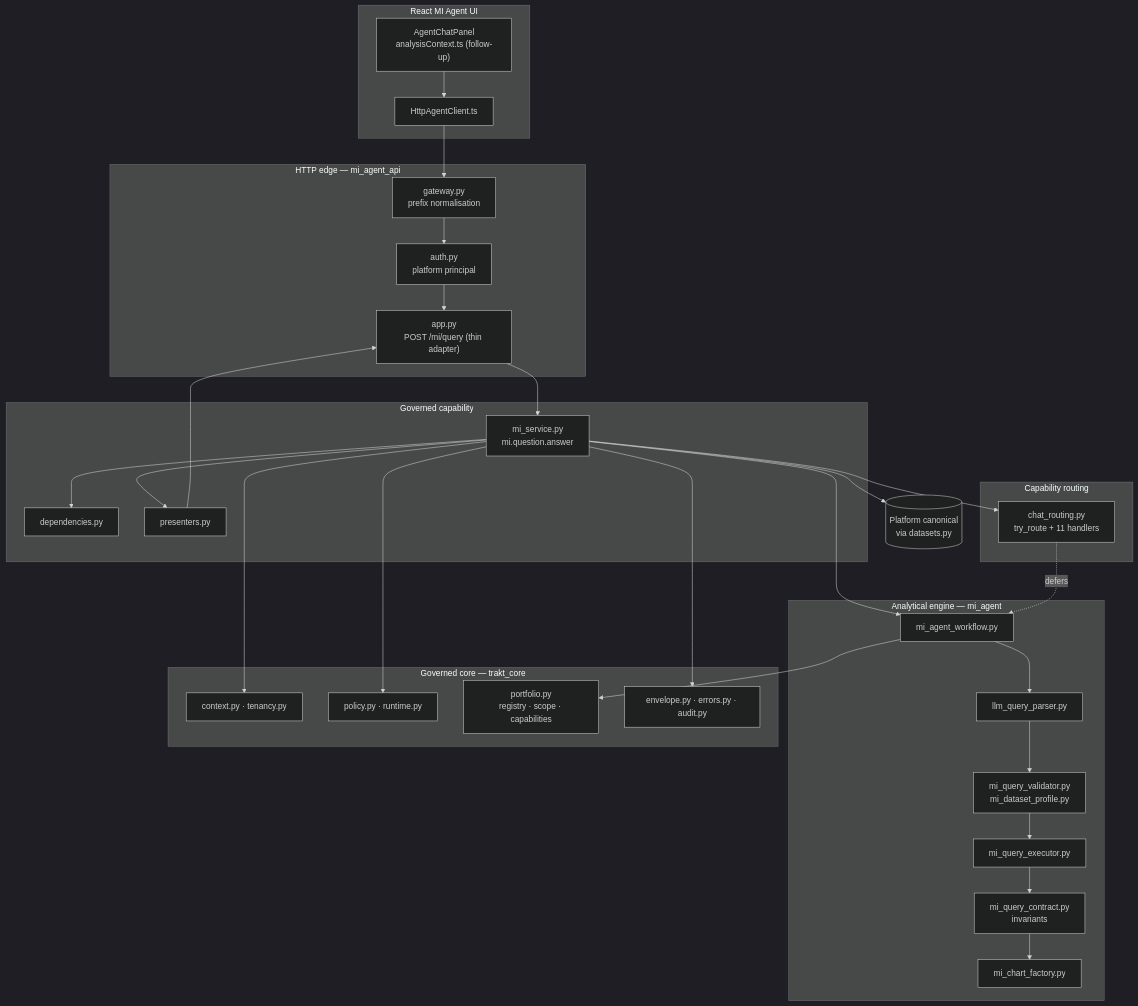
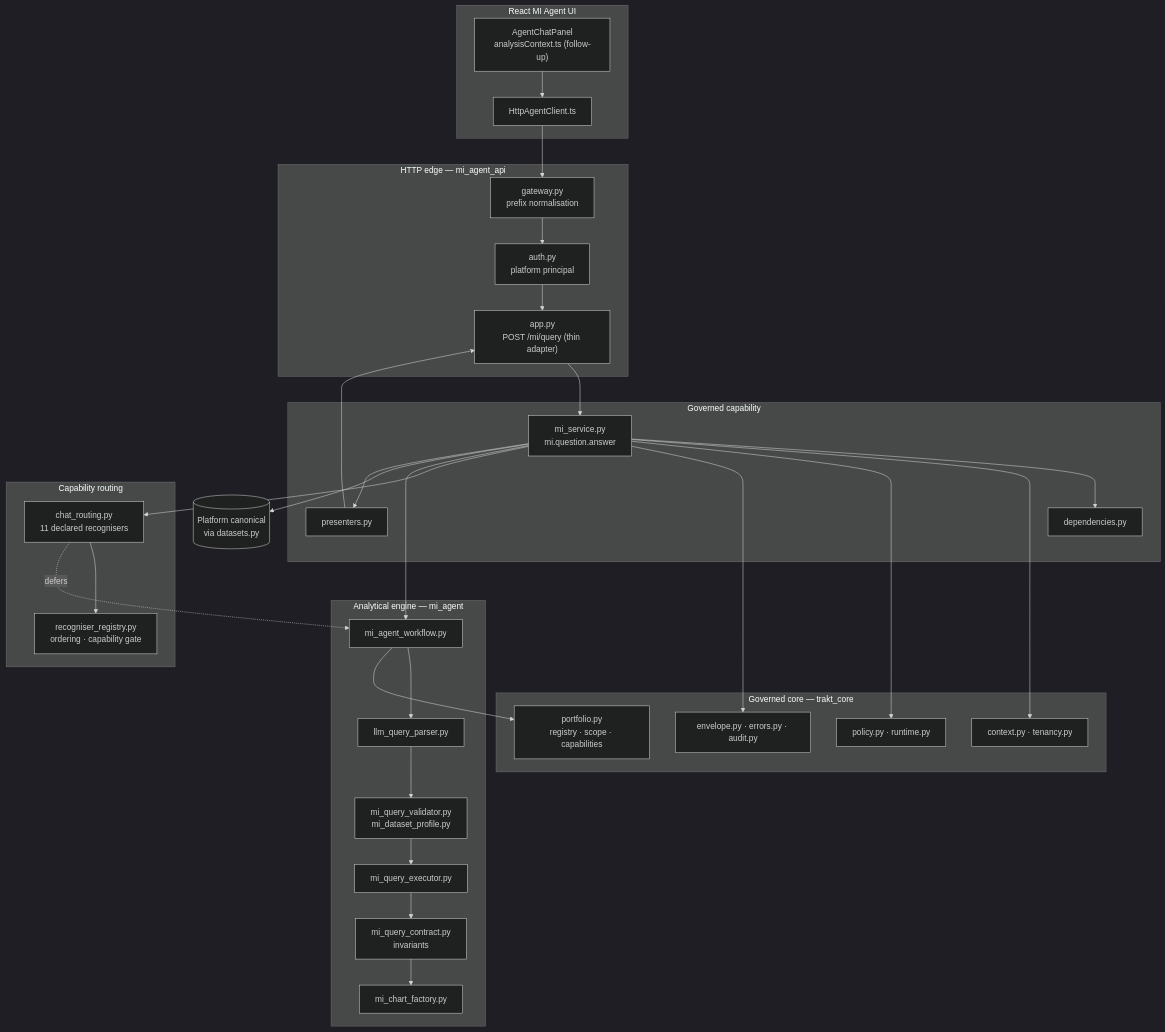
One commit to joshua1602-svg/trakt changed the first of 8 diagrams in docs/mi_query_agent_architecture.md. Above: the diagram before and after it, drawn with Mermaid (dark theme). The commit also changed other lines of this file and 9 other files, not shown here.

````diff
--- a/docs/mi_query_agent_architecture.md
+++ b/docs/mi_query_agent_architecture.md
@@ -22,52 +22,54 @@
 ```mermaid
 flowchart TB
   subgraph client["React MI Agent UI"]
     UI["AgentChatPanel<br/>analysisContext.ts (follow-up)"]
     HC["HttpAgentClient.ts"]
   end
 
   subgraph edge["HTTP edge — mi_agent_api"]
     GW["gateway.py<br/>prefix normalisation"]
     AUTH["auth.py<br/>platform principal"]
     APP["app.py<br/>POST /mi/query (thin adapter)"]
   end
 
   subgraph capability["Governed capability"]
     SVC["mi_service.py<br/>mi.question.answer"]
     DEPS["dependencies.py"]
     PRES["presenters.py"]
   end
 
   subgraph routing["Capability routing"]
-    CR["chat_routing.py<br/>try_route + 11 handlers"]
+    RREG["recogniser_registry.py<br/>ordering · capability gate"]
+    CR["chat_routing.py<br/>11 declared recognisers"]
   end
 
   subgraph engine["Analytical engine — mi_agent"]
     WF["mi_agent_workflow.py"]
     PARSE["llm_query_parser.py"]
     VAL["mi_query_validator.py<br/>mi_dataset_profile.py"]
     EXEC["mi_query_executor.py"]
     CONTRACT["mi_query_contract.py<br/>invariants"]
     CHART["mi_chart_factory.py"]
   end
 
   subgraph governed["Governed core — trakt_core"]
     CTX["context.py · tenancy.py"]
     POL["policy.py · runtime.py"]
     PORT["portfolio.py<br/>registry · scope · capabilities"]
     ENV["envelope.py · errors.py · audit.py"]
   end
 
   DATA[("Platform canonical<br/>via datasets.py")]
 
   UI --> HC --> GW --> AUTH --> APP --> SVC
   SVC --> DEPS
   SVC --> CTX & POL & ENV
   SVC --> CR
+  CR --> RREG
   SVC --> WF
   CR -.->|defers| WF
   WF --> PARSE --> VAL --> EXEC --> CONTRACT --> CHART
   WF --> PORT
   SVC --> DATA
   SVC --> PRES --> APP
 ```
````
